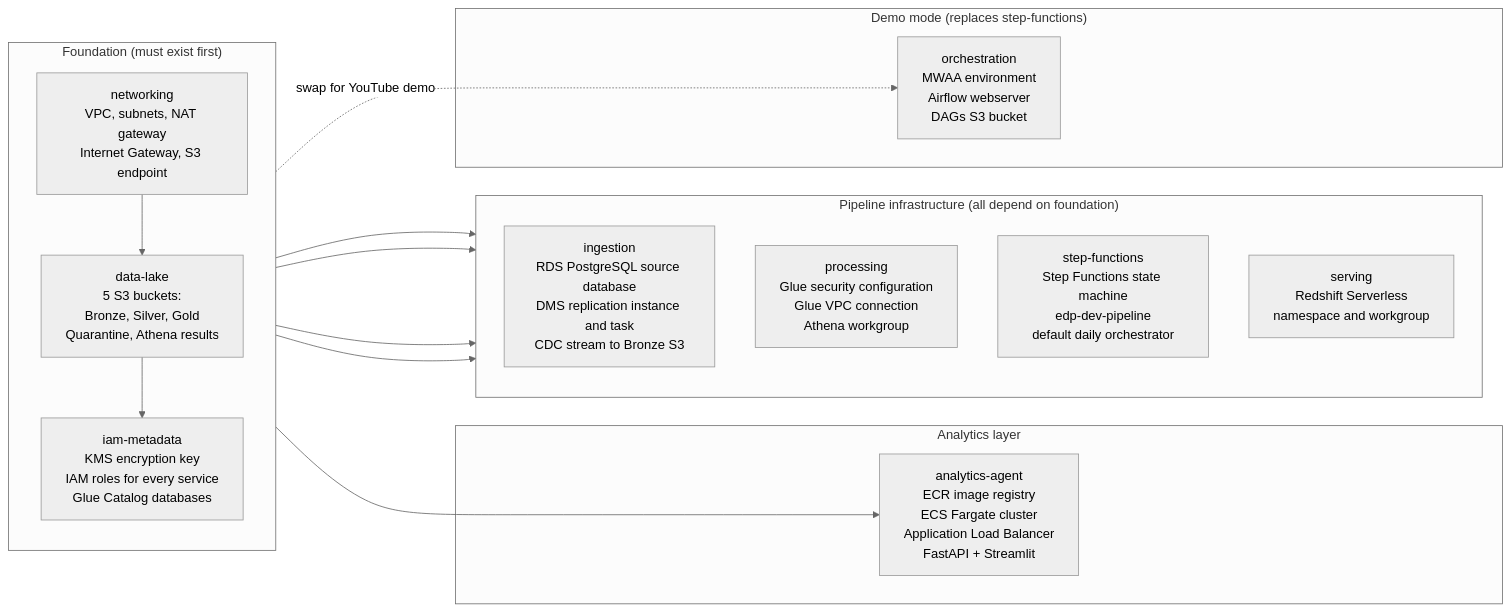
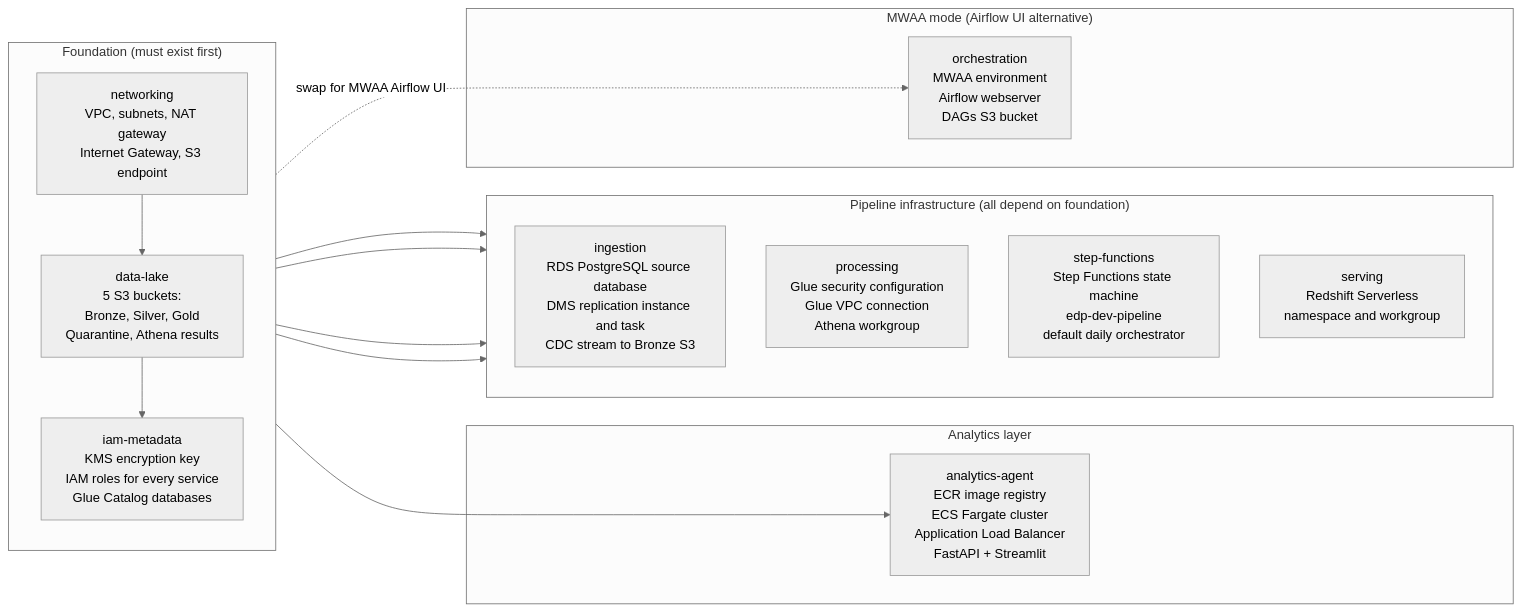
The first of 3 diagrams in README.md (enterprise-data-platform-emeka/terraform-platform-infra-live), drawn with Mermaid (neutral theme) before and after one commit. The commit also changed other lines of this file and 1 other file, not shown here.

First line of the commit message:
Docs: remove YouTube demo framing from MWAA, add module output reference

````diff
--- a/README.md
+++ b/README.md
@@ -39,29 +39,29 @@
 ```mermaid
 flowchart LR
     subgraph foundation["Foundation (must exist first)"]
         direction TB
         NET["networking\nVPC, subnets, NAT gateway\nInternet Gateway, S3 endpoint"]
         DL["data-lake\n5 S3 buckets:\nBronze, Silver, Gold\nQuarantine, Athena results"]
         IAM["iam-metadata\nKMS encryption key\nIAM roles for every service\nGlue Catalog databases"]
         NET --> DL --> IAM
     end
 
     subgraph pipeline["Pipeline infrastructure (all depend on foundation)"]
         direction TB
         ING["ingestion\nRDS PostgreSQL source database\nDMS replication instance and task\nCDC stream to Bronze S3"]
         PROC["processing\nGlue security configuration\nGlue VPC connection\nAthena workgroup"]
         SFN["step-functions\nStep Functions state machine\nedp-dev-pipeline\ndefault daily orchestrator"]
         SERV["serving\nRedshift Serverless\nnamespace and workgroup"]
     end
 
     subgraph agent["Analytics layer"]
         AA["analytics-agent\nECR image registry\nECS Fargate cluster\nApplication Load Balancer\nFastAPI + Streamlit"]
     end
 
-    subgraph demo["Demo mode (replaces step-functions)"]
+    subgraph mwaa["MWAA mode (Airflow UI alternative)"]
         ORCH["orchestration\nMWAA environment\nAirflow webserver\nDAGs S3 bucket"]
     end
 
     IAM --> ING & PROC & SFN & SERV & AA
-    IAM -.->|"swap for YouTube demo"| ORCH
+    IAM -.->|"swap for MWAA Airflow UI"| ORCH
 ```
````
